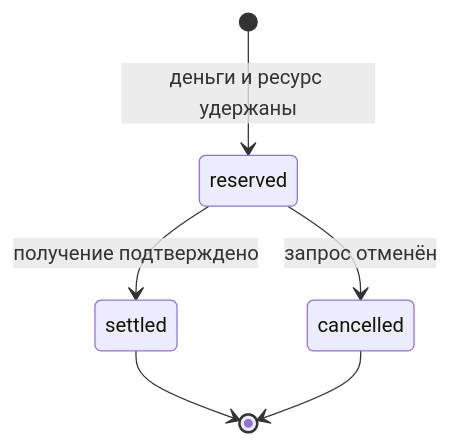
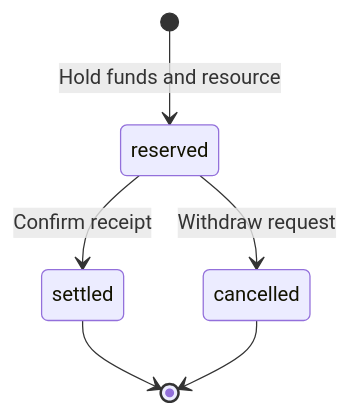
One commit to DauletBai/tartarus changed the diagram in projects/qazna.org/docs/provisioning.md. Above: the diagram before and after it, drawn with Mermaid. The commit also changed other lines of this file and 26 other files, not shown here.

````diff
--- a/projects/qazna.org/docs/provisioning.md
+++ b/projects/qazna.org/docs/provisioning.md
@@ -31,8 +25,8 @@
 ```mermaid
 stateDiagram-v2
-    [*] --> reserved: деньги и ресурс удержаны
-    reserved --> settled: получение подтверждено
-    reserved --> cancelled: запрос отменён
+    [*] --> reserved: Hold funds and resource
+    reserved --> settled: Confirm receipt
+    reserved --> cancelled: Withdraw request
     settled --> [*]
     cancelled --> [*]
 ```
````
